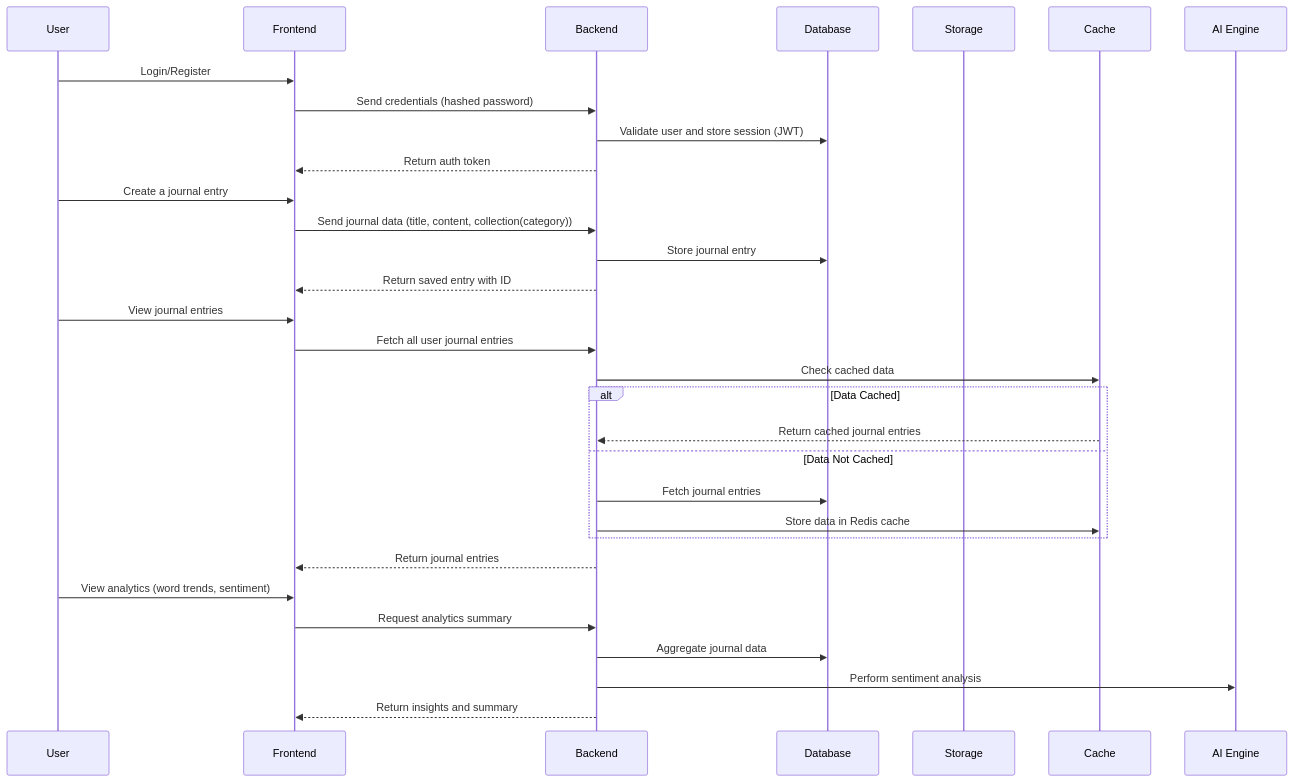
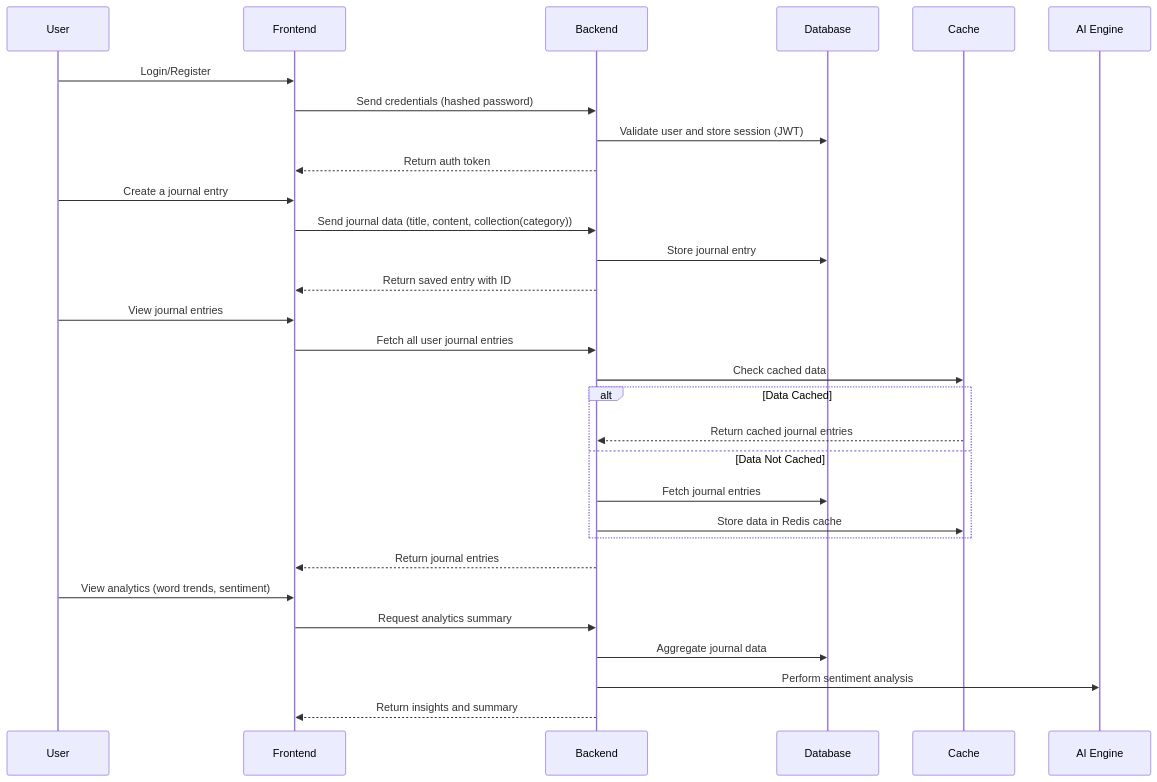
The first of 2 diagrams in ReadMe.md (Nicholas-Kipkoech/journal-backend), drawn with Mermaid before and after one commit.

````diff
--- a/ReadMe.md
+++ b/ReadMe.md
@@ -71,38 +71,36 @@
 ```mermaid
 sequenceDiagram
     participant User
     participant Frontend
     participant Backend
     participant Database
-    participant Storage
-    participant Cache
 
     User->>Frontend: Login/Register
     Frontend->>Backend: Send credentials (hashed password)
     Backend->>Database: Validate user and store session (JWT)
     Backend-->>Frontend: Return auth token
 
     User->>Frontend: Create a journal entry
     Frontend->>Backend: Send journal data (title, content, collection(category))
     Backend->>Database: Store journal entry
     Backend-->>Frontend: Return saved entry with ID
 
     User->>Frontend: View journal entries
     Frontend->>Backend: Fetch all user journal entries
     Backend->>Cache: Check cached data
     alt Data Cached
         Cache-->>Backend: Return cached journal entries
     else Data Not Cached
         Backend->>Database: Fetch journal entries
         Backend->>Cache: Store data in Redis cache
     end
     Backend-->>Frontend: Return journal entries
 
     User->>Frontend: View analytics (word trends, sentiment)
     Frontend->>Backend: Request analytics summary
     Backend->>Database: Aggregate journal data
     Backend->>AI Engine: Perform sentiment analysis
     Backend-->>Frontend: Return insights and summary
 
 
 ```
````
